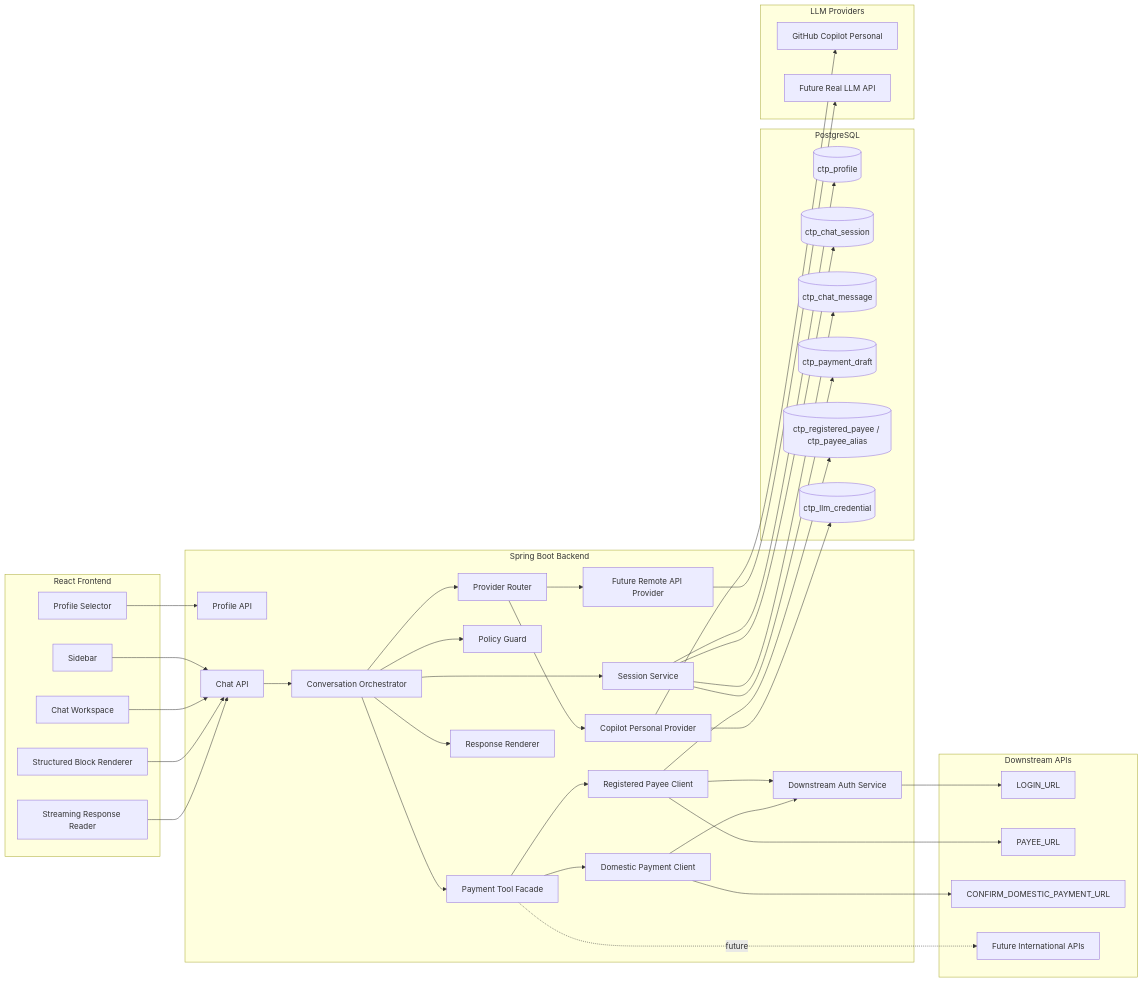
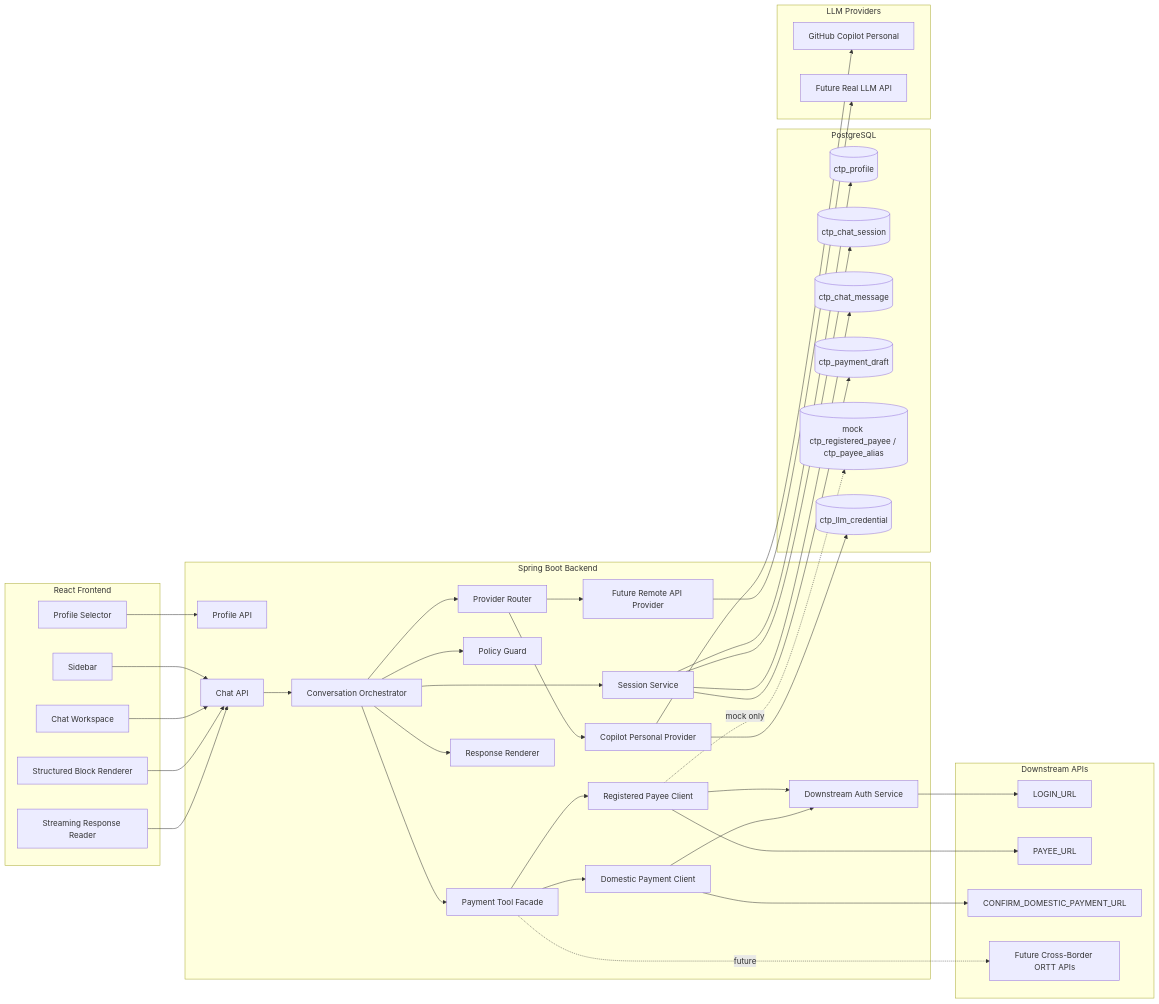
One commit to VictorZhong/chat2pay changed the first of 5 diagrams in docs/01-system_design.md. Above: the diagram before and after it, drawn with Mermaid. The commit also changed other lines of this file and 5 other files, not shown here.

````diff
--- a/docs/01-system_design.md
+++ b/docs/01-system_design.md
@@ -96,81 +108,81 @@
 ```mermaid
 flowchart LR
     subgraph FE["React Frontend"]
         FE1["Profile Selector"]
         FE2["Sidebar"]
         FE3["Chat Workspace"]
         FE4["Structured Block Renderer"]
         FE5["Streaming Response Reader"]
     end
 
     subgraph BE["Spring Boot Backend"]
         BE1["Profile API"]
         BE2["Chat API"]
         BE3["Conversation Orchestrator"]
         BE4["Provider Router"]
         BE5["Policy Guard"]
         BE6["Payment Tool Facade"]
         BE7["Response Renderer"]
         BE8["Session Service"]
         BE9["Copilot Personal Provider"]
         BE10["Future Remote API Provider"]
         BE11["Downstream Auth Service"]
         BE12["Registered Payee Client"]
         BE13["Domestic Payment Client"]
     end
 
     subgraph DB["PostgreSQL"]
         DB1[("ctp_profile")]
         DB2[("ctp_chat_session")]
         DB3[("ctp_chat_message")]
         DB4[("ctp_payment_draft")]
-        DB5[("ctp_registered_payee / ctp_payee_alias")]
+        DB5[("mock ctp_registered_payee / ctp_payee_alias")]
         DB6[("ctp_llm_credential")]
     end
 
     subgraph LLM["LLM Providers"]
         L1["GitHub Copilot Personal"]
         L2["Future Real LLM API"]
     end
 
     subgraph DS["Downstream APIs"]
         D1["LOGIN_URL"]
         D2["PAYEE_URL"]
         D3["CONFIRM_DOMESTIC_PAYMENT_URL"]
-        D4["Future International APIs"]
+        D4["Future Cross-Border ORTT APIs"]
     end
 
     FE1 --> BE1
     FE2 --> BE2
     FE3 --> BE2
     FE4 --> BE2
     FE5 --> BE2
 
     BE2 --> BE3
     BE3 --> BE4
     BE3 --> BE5
     BE3 --> BE6
     BE3 --> BE7
     BE3 --> BE8
 
     BE4 --> BE9
     BE4 --> BE10
     BE9 --> L1
     BE10 --> L2
 
     BE6 --> BE12
     BE6 --> BE13
     BE12 --> BE11
     BE13 --> BE11
     BE11 --> D1
     BE12 --> D2
     BE13 --> D3
     BE6 -. future .-> D4
 
     BE8 --> DB1
     BE8 --> DB2
     BE8 --> DB3
     BE8 --> DB4
-    BE12 --> DB5
+    BE12 -. mock only .-> DB5
     BE9 --> DB6
 ```
````
